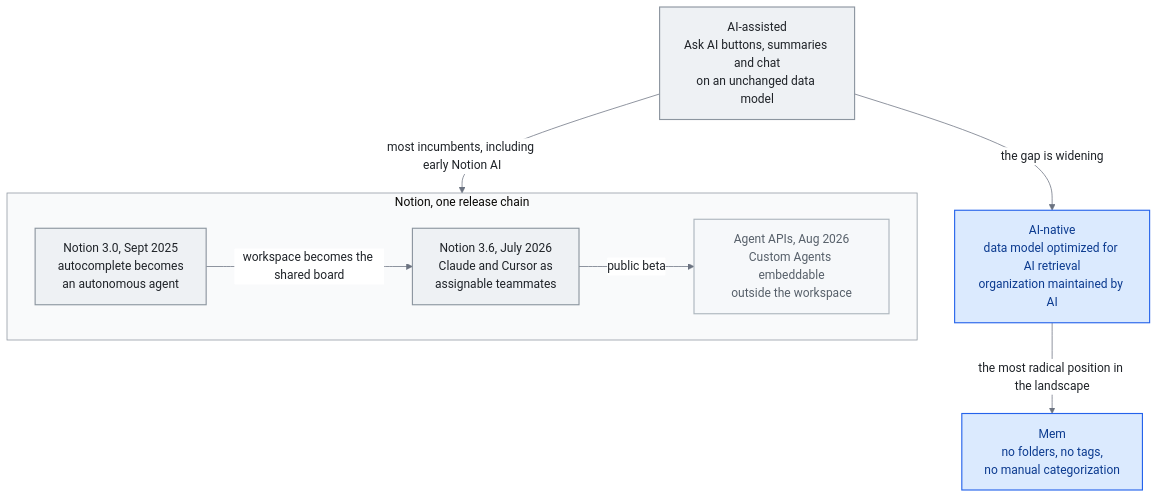
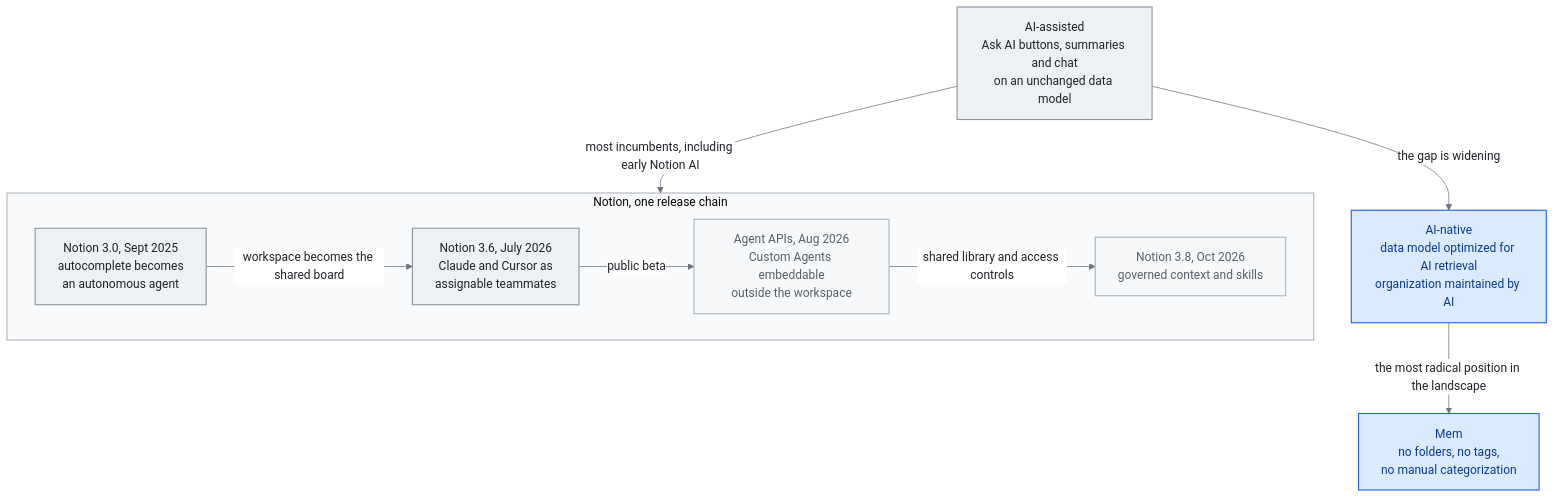
One commit to kennethlaw325/awesome-llm-knowledge-systems changed the diagram in chapters/08-tools-landscape.md. Above: the diagram before and after it, drawn with Mermaid. The commit also changed other lines of this file and 50 other files, not shown here.

````diff
--- a/chapters/08-tools-landscape.md
+++ b/chapters/08-tools-landscape.md
@@ -11,24 +11,26 @@
 ```mermaid
 %%{init: {'theme':'base','themeVariables':{'primaryColor':'#eef1f4','primaryTextColor':'#1f2328','primaryBorderColor':'#8c959f','lineColor':'#6b7280','tertiaryColor':'#f6f8fa','clusterBkg':'#f9fafb','clusterBorder':'#8c959f','edgeLabelBackground':'#ffffff'}}}%%
 flowchart TB
     ASSIST["AI-assisted<br/>Ask AI buttons, summaries and chat<br/>on an unchanged data model"]
     NATIVE["AI-native<br/>data model optimized for AI retrieval<br/>organization maintained by AI"]
     subgraph NOTION["Notion, one release chain"]
       direction LR
       N30["Notion 3.0, Sept 2025<br/>autocomplete becomes<br/>an autonomous agent"]
       N36["Notion 3.6, July 2026<br/>Claude and Cursor as<br/>assignable teammates"]
       API["Agent APIs, Aug 2026<br/>Custom Agents embeddable<br/>outside the workspace"]
+      N38["Notion 3.8, Oct 2026<br/>governed context and skills"]
       N30 -->|workspace becomes the shared board| N36
       N36 -->|public beta| API
+      API -->|shared library and access controls| N38
     end
     ASSIST -->|most incumbents, including early Notion AI| N30
     ASSIST -->|the gap is widening| NATIVE
     NATIVE -->|the most radical position in the landscape| MEM["Mem<br/>no folders, no tags,<br/>no manual categorization"]
     class ASSIST,N30,N36 stable
-    class API muted
+    class API,N38 muted
     class NATIVE,MEM accent
 classDef stable fill:#eef1f4,stroke:#8c959f,stroke-width:1.5px,color:#1f2328
 classDef accent fill:#dbeafe,stroke:#2563eb,stroke-width:1.5px,color:#0b3a8f
 classDef muted fill:#f6f8fa,stroke:#adb5bd,stroke-width:1.5px,color:#57606a
 classDef gate fill:#ffffff,stroke:#2563eb,stroke-width:1.5px,color:#0b3a8f
 ```
````
